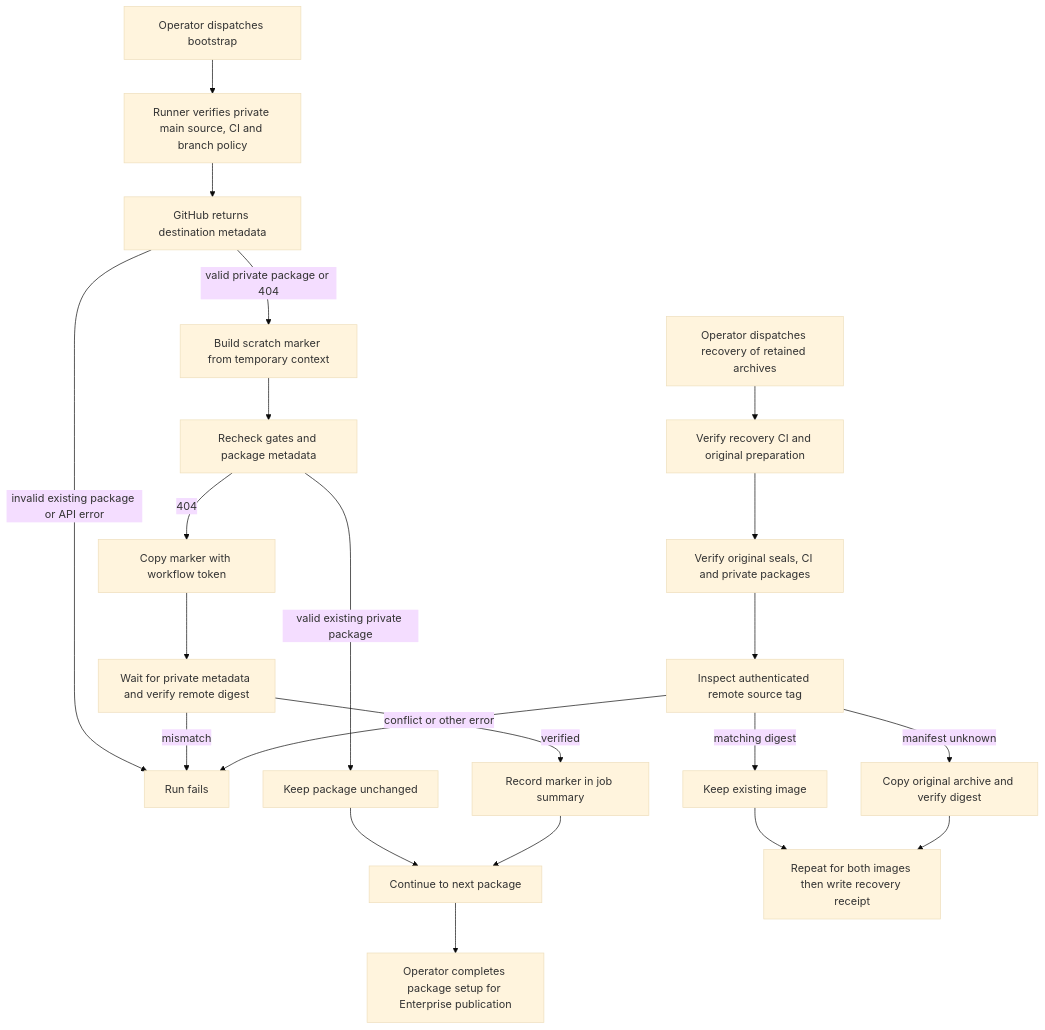
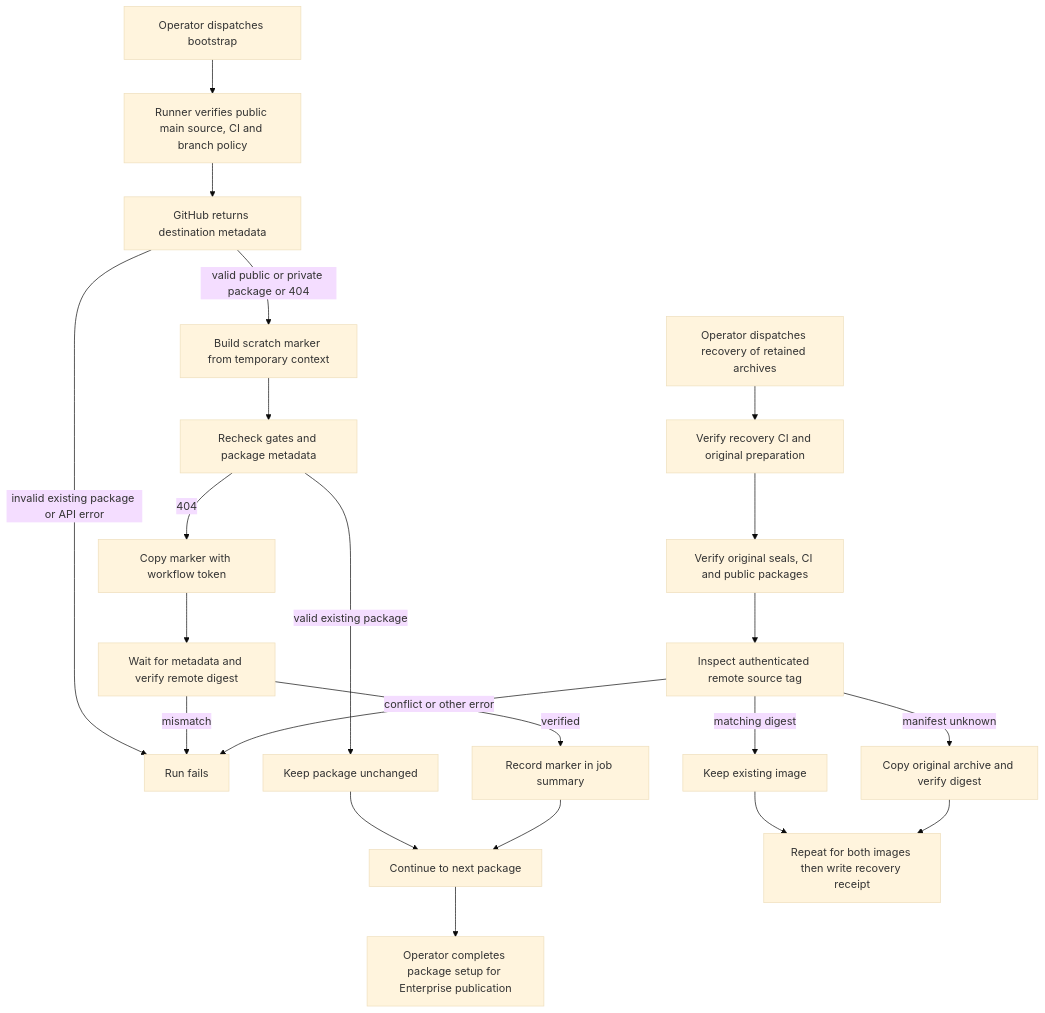
The diagram in docs/flows/container-package-bootstrap.md (IsaiahStapleton/openclaw-enterprise), drawn with Mermaid (base theme) before and after one commit. The commit also changed other lines of this file and 16 other files, not shown here.

Commit message:
fix(release): publish Enterprise images to public GHCR packages

````diff
--- a/docs/flows/container-package-bootstrap.md
+++ b/docs/flows/container-package-bootstrap.md
@@ -30,24 +32,24 @@
 ```mermaid
 graph TD
-  A["Operator dispatches bootstrap"] --> C["Runner verifies private main source, CI and branch policy"]
+  A["Operator dispatches bootstrap"] --> C["Runner verifies public main source, CI and branch policy"]
   C --> D["GitHub returns destination metadata"]
   D -->|invalid existing package or API error| X["Run fails"]
-  D -->|valid private package or 404| E["Build scratch marker from temporary context"]
+  D -->|valid public or private package or 404| E["Build scratch marker from temporary context"]
   E --> F["Recheck gates and package metadata"]
-  F -->|valid existing private package| G["Keep package unchanged"]
+  F -->|valid existing package| G["Keep package unchanged"]
   F -->|404| H["Copy marker with workflow token"]
-  H --> I["Wait for private metadata and verify remote digest"]
+  H --> I["Wait for metadata and verify remote digest"]
   I -->|mismatch| X
   I -->|verified| J["Record marker in job summary"]
   G --> K["Continue to next package"]
   J --> K
   K --> L["Operator completes package setup for Enterprise publication"]
   R["Operator dispatches recovery of retained archives"] --> S["Verify recovery CI and original preparation"]
-  S --> U["Verify original seals, CI and private packages"]
+  S --> U["Verify original seals, CI and public packages"]
   U --> V["Inspect authenticated remote source tag"]
   V -->|matching digest| W["Keep existing image"]
   V -->|manifest unknown| Y["Copy original archive and verify digest"]
   V -->|conflict or other error| X
   W --> Z["Repeat for both images then write recovery receipt"]
   Y --> Z
 ```
````
